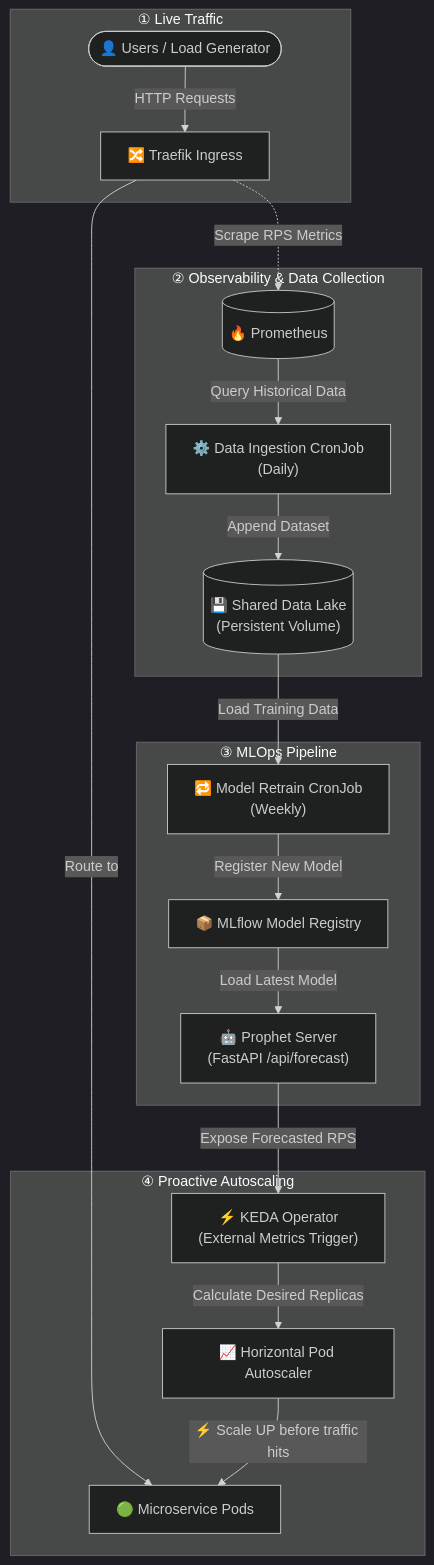
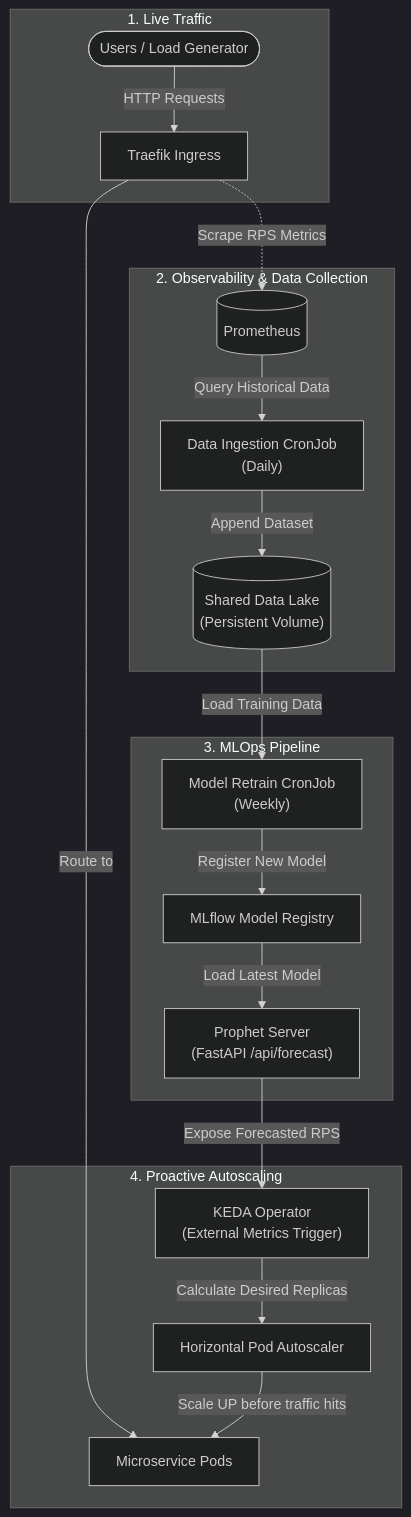
The first of 2 diagrams in README.md (hmdat-1706/proactive-scaling-microservices), drawn with Mermaid (dark theme) before and after one commit. The commit also changed other lines of this file, not shown here.

````diff
--- a/README.md
+++ b/README.md
@@ -125,37 +125,37 @@
 ```mermaid
 graph TD
-    subgraph TRAFFIC ["① Live Traffic"]
-        User(["👤 Users / Load Generator"])
-        Ingress["🔀 Traefik Ingress"]
+    subgraph TRAFFIC ["1. Live Traffic"]
+        User(["Users / Load Generator"])
+        Ingress["Traefik Ingress"]
     end
 
-    subgraph OBSERVE ["② Observability & Data Collection"]
-        Prometheus[("🔥 Prometheus")]
-        DataIngest["⚙️ Data Ingestion CronJob\n(Daily)"]
-        PV[("💾 Shared Data Lake\n(Persistent Volume)")]
+    subgraph OBSERVE ["2. Observability & Data Collection"]
+        Prometheus[("Prometheus")]
+        DataIngest["Data Ingestion CronJob\n(Daily)"]
+        PV[("Shared Data Lake\n(Persistent Volume)")]
     end
 
-    subgraph MLOPS ["③ MLOps Pipeline"]
-        Retrain["🔁 Model Retrain CronJob\n(Weekly)"]
-        MLflow["📦 MLflow Model Registry"]
-        Prophet["🤖 Prophet Server\n(FastAPI /api/forecast)"]
+    subgraph MLOPS ["3. MLOps Pipeline"]
+        Retrain["Model Retrain CronJob\n(Weekly)"]
+        MLflow["MLflow Model Registry"]
+        Prophet["Prophet Server\n(FastAPI /api/forecast)"]
     end
 
-    subgraph SCALE ["④ Proactive Autoscaling"]
-        KEDA["⚡ KEDA Operator\n(External Metrics Trigger)"]
-        HPA["📈 Horizontal Pod Autoscaler"]
-        Pods["🟢 Microservice Pods"]
+    subgraph SCALE ["4. Proactive Autoscaling"]
+        KEDA["KEDA Operator\n(External Metrics Trigger)"]
+        HPA["Horizontal Pod Autoscaler"]
+        Pods["Microservice Pods"]
     end
 
     User -->|"HTTP Requests"| Ingress
     Ingress -->|"Route to"| Pods
     Ingress -.->|"Scrape RPS Metrics"| Prometheus
     Prometheus -->|"Query Historical Data"| DataIngest
     DataIngest -->|"Append Dataset"| PV
     PV -->|"Load Training Data"| Retrain
     Retrain -->|"Register New Model"| MLflow
     MLflow -->|"Load Latest Model"| Prophet
     Prophet -->|"Expose Forecasted RPS"| KEDA
     KEDA -->|"Calculate Desired Replicas"| HPA
-    HPA -->|"⚡ Scale UP before traffic hits"| Pods
+    HPA -->|"Scale UP before traffic hits"| Pods
 ```
````
